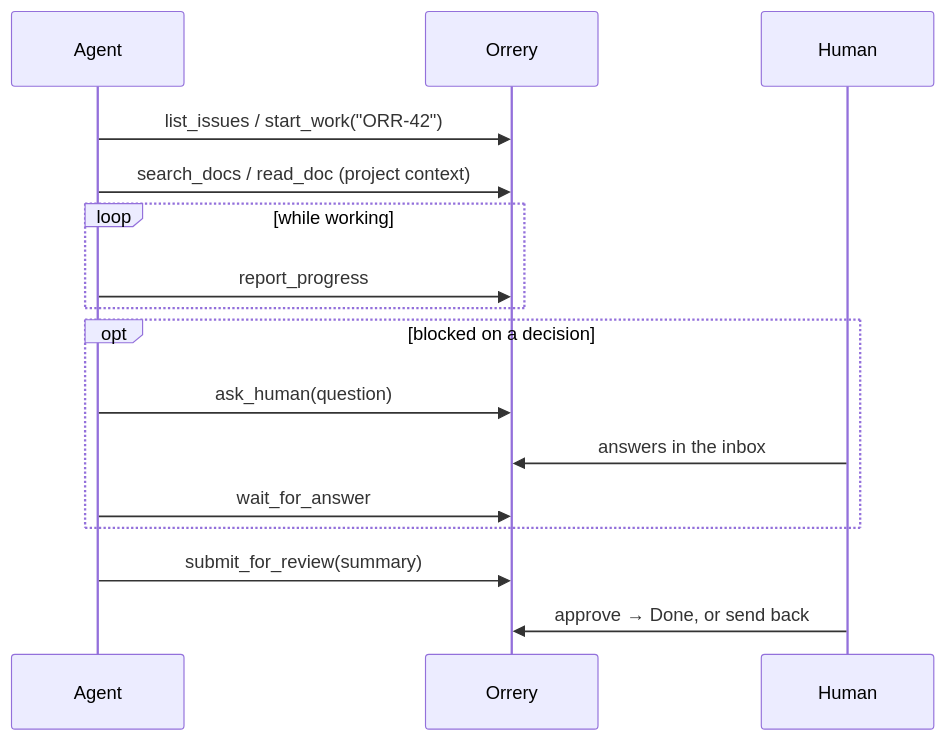
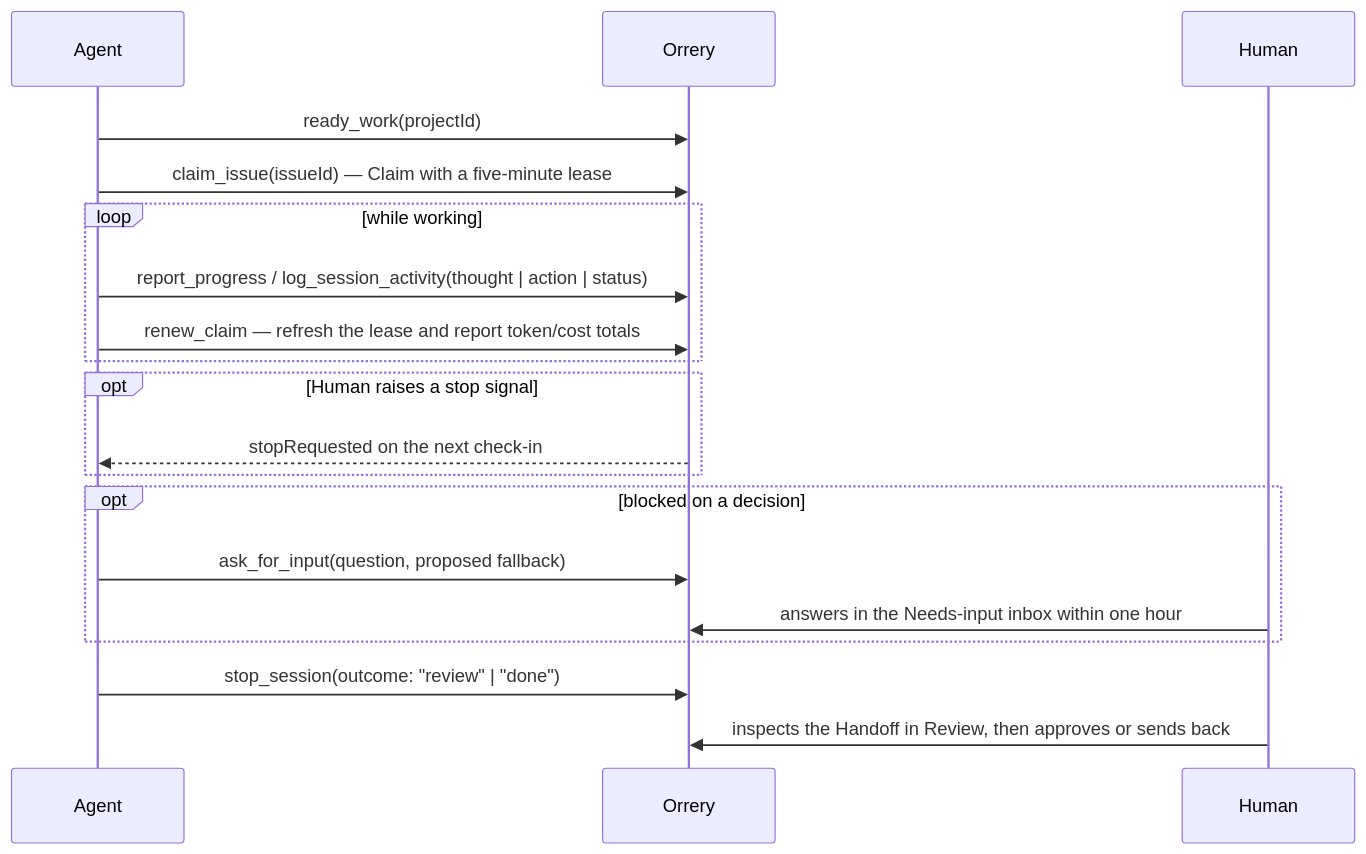
One commit to ForgeOrbit/orrery changed the diagram in README.md. Above: the diagram before and after it, drawn with Mermaid. The commit also changed other lines of this file and 37 other files, not shown here.

First line of the commit message:
feat: Wave 2 M2–M4 backend/MCP (#97 labels & subtasks, #98 trash, #99 My work) + README refresh (#102)

````diff
--- a/README.md
+++ b/README.md
@@ -76,18 +113,21 @@
 ```mermaid
 sequenceDiagram
   participant A as Agent
   participant O as Orrery
   participant H as Human
-  A->>O: list_issues / start_work("ORR-42")
-  A->>O: search_docs / read_doc (project context)
+  A->>O: ready_work(projectId)
+  A->>O: claim_issue(issueId) — Claim with a five-minute lease
   loop while working
-    A->>O: report_progress
+    A->>O: report_progress / log_session_activity(thought | action | status)
+    A->>O: renew_claim — refresh the lease and report token/cost totals
+  end
+  opt Human raises a stop signal
+    O-->>A: stopRequested on the next check-in
   end
   opt blocked on a decision
-    A->>O: ask_human(question)
-    H->>O: answers in the inbox
-    A->>O: wait_for_answer
+    A->>O: ask_for_input(question, proposed fallback)
+    H->>O: answers in the Needs-input inbox within one hour
   end
-  A->>O: submit_for_review(summary)
-  H->>O: approve → Done, or send back
+  A->>O: stop_session(outcome: "review" | "done")
+  H->>O: inspects the Handoff in Review, then approves or sends back
 ```
````
